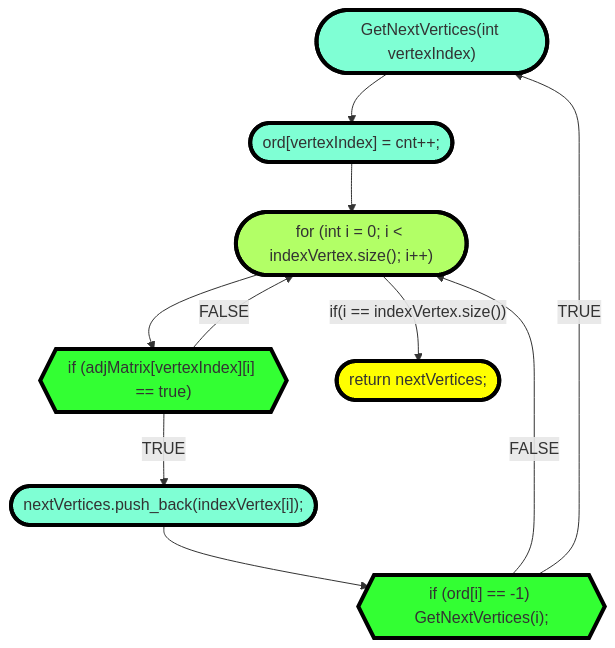
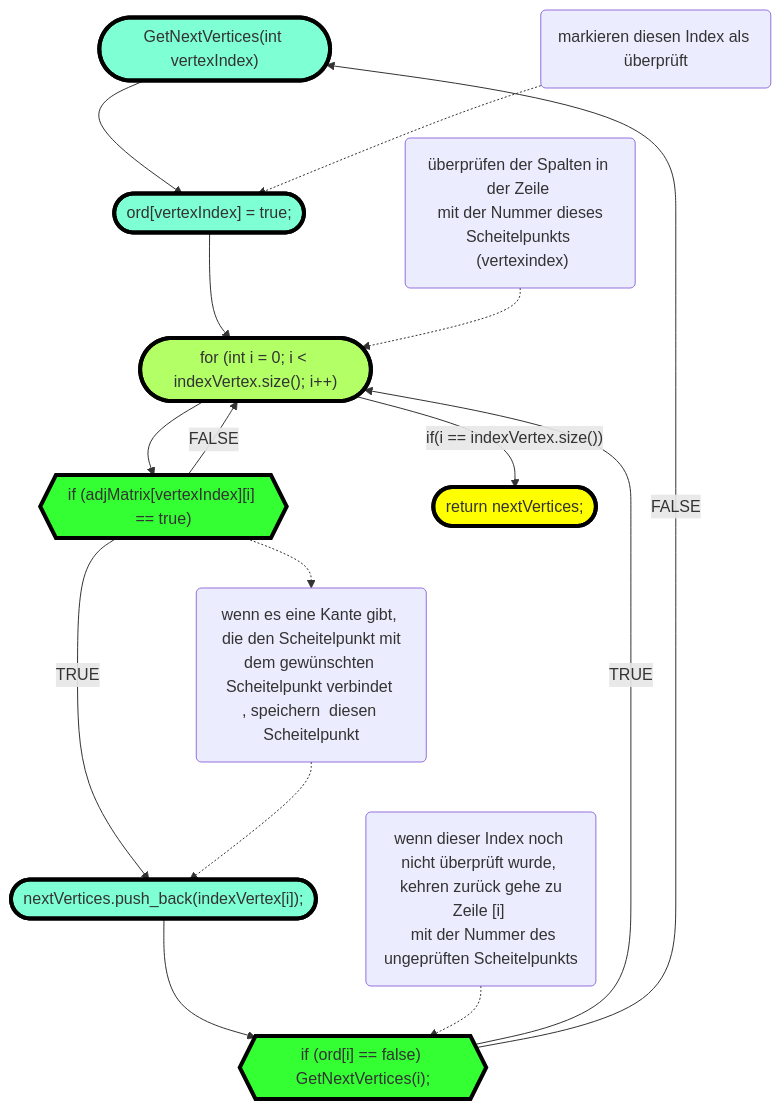
One commit to dronows/My_Graph changed the third of 3 diagrams in README.md. Above: the diagram before and after it, drawn with Mermaid. The commit also changed other lines of this file, not shown here.

````diff
--- a/README.md
+++ b/README.md
@@ -41,19 +41,23 @@
 ```mermaid
   flowchart TD
    classDef class1 fill:#7FFFD4, stroke:#000, stroke-width:4px
    classDef class2 fill: #FFFF00, stroke:#000, stroke-width:4px
    classDef class3 fill: #33ff33, stroke:#000, stroke-width:4px
    classDef class4 fill: #B2ff66, stroke:#000, stroke-width:4px
 A(["GetNextVertices(int vertexIndex)"]):::class1
-B(["ord[vertexIndex] = cnt++;"]):::class1
+B(["ord[vertexIndex] = true;"]):::class1
 C([" for (int i = 0; i < indexVertex.size(); i++)"]):::class4
 D{{"if (adjMatrix[vertexIndex][i] == true) "}}:::class3
 E([" nextVertices.push_back(indexVertex[i]);"]):::class1
-F{{" if (ord[i] == -1) GetNextVertices(i); "}}:::class3
+F{{" if (ord[i] == false) GetNextVertices(i); "}}:::class3
 A-->B-->C-->D
 D--TRUE-->E -->F
 D--FALSE-->C
-F -- FALSE -->C
-F --TRUE -->A
+F -- TRUE -->C
+F --FALSE -->A
 C -- "if(i == indexVertex.size())"-->G(["return nextVertices;"]):::class2
+K("markieren diesen Index als überprüft") -.-> B
+J("wenn dieser Index noch nicht überprüft wurde, \n kehren zurück gehe zu Zeile [i] \n  mit der Nummer des ungeprüften Scheitelpunkts") -.->F
+D -.-> M("wenn es eine Kante gibt, \n die den Scheitelpunkt mit dem gewünschten Scheitelpunkt verbindet \n, speichern  diesen Scheitelpunkt") -.->E
+N("überprüfen der Spalten in der Zeile \n mit der Nummer dieses Scheitelpunkts \n (vertexindex)") -.-> C
 ```
````
